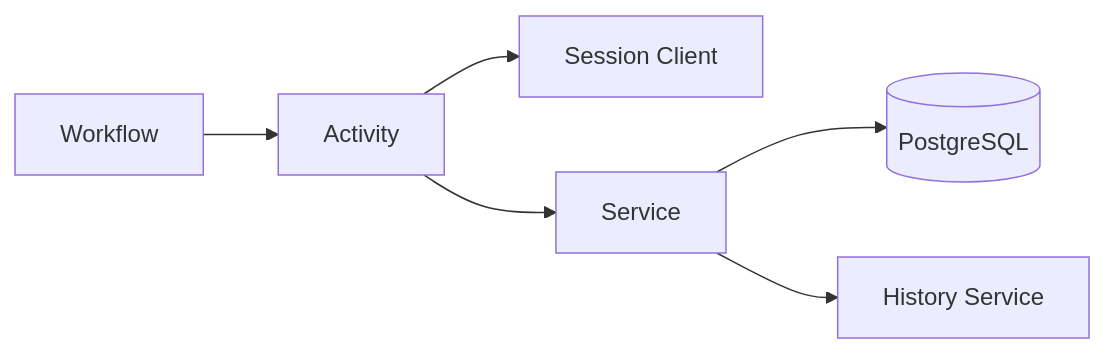
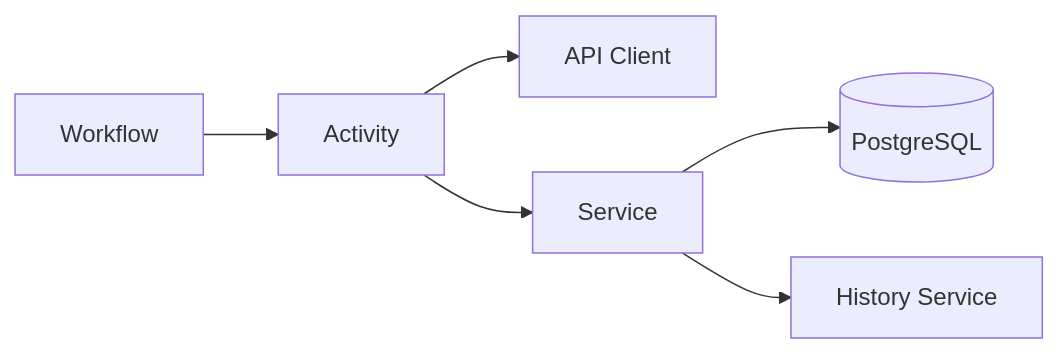
The diagram in docs/guides/ACTIVITIES.md (dannyota/hotpot), drawn with Mermaid before and after one commit. The commit also changed other lines of this file and 52 other files, not shown here.

````diff
--- a/docs/guides/ACTIVITIES.md
+++ b/docs/guides/ACTIVITIES.md
@@ -5,8 +5,8 @@
 ```mermaid
 flowchart LR
     Workflow --> Activity
-    Activity --> Session[Session Client]
+    Activity --> Client[API Client]
     Activity --> Service
     Service --> DB[(PostgreSQL)]
     Service --> History[History Service]
 ```
````
